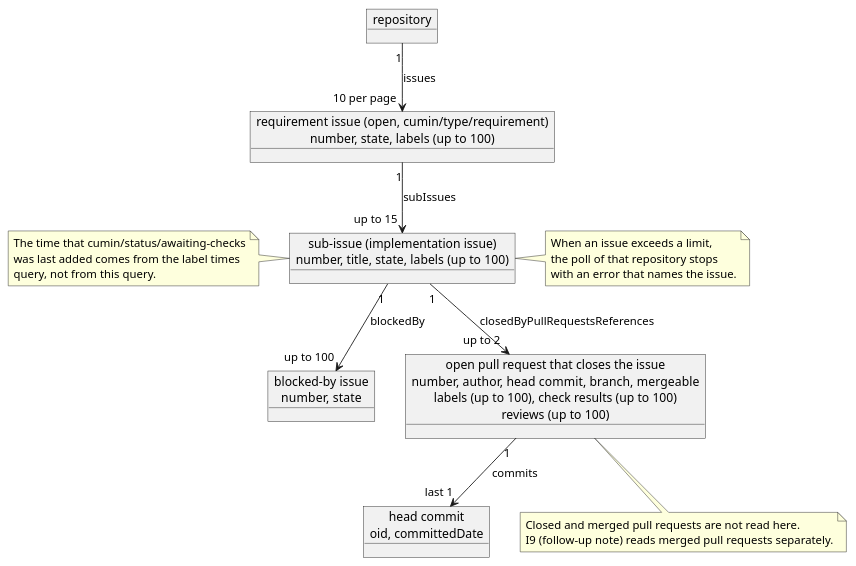
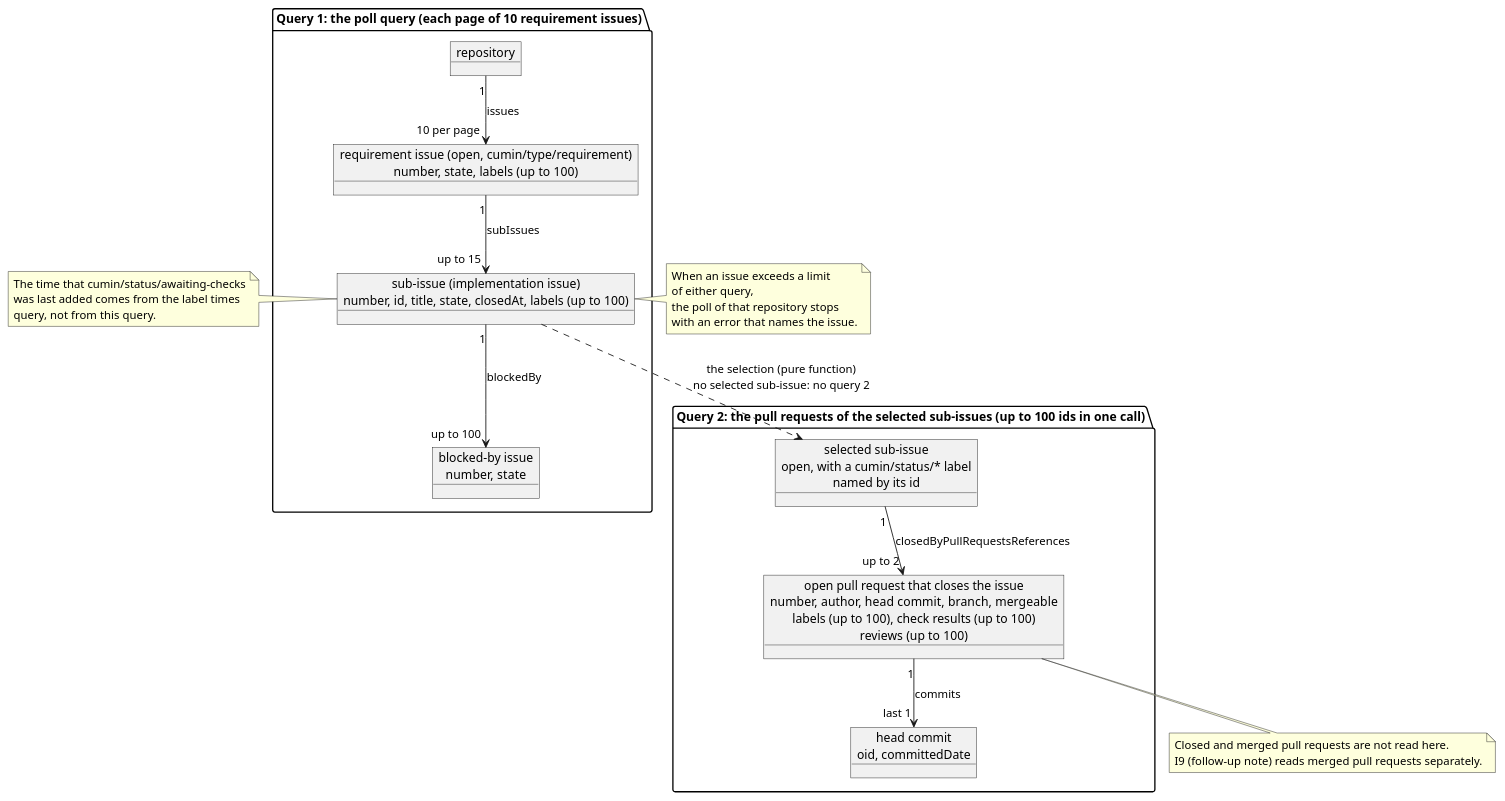
The diagram in docs/ja/designs/poll-snapshot.puml (cloveclovedev/cumin-works), drawn with PlantUML before and after one commit. The commit also changed 19 other files, not shown here.

First line of the commit message:
feat(workflow): read the pull requests of a sub-issue in a second query of the poll (#449)

```diff
--- a/docs/ja/designs/poll-snapshot.puml
+++ b/docs/ja/designs/poll-snapshot.puml
@@ -1,35 +1,42 @@
 @startuml poll-snapshot
-' cumin works - what one query of a poll reads: nested connections and their limits.
+' cumin works - what the two queries of a poll read: nested connections and their limits.
 ' Document: poll.md, section on what a poll reads.
 ' Render: run scripts/render-diagrams.sh at the root of the repository.
 skinparam shadowing false
 skinparam defaultFontName sans-serif
 
-object "repository" as repo
-object "requirement issue (open, cumin/type/requirement)\nnumber, state, labels (up to 100)" as req
-object "sub-issue (implementation issue)\nnumber, title, state, labels (up to 100)" as sub
-object "blocked-by issue\nnumber, state" as blocker
-object "open pull request that closes the issue\nnumber, author, head commit, branch, mergeable\nlabels (up to 100), check results (up to 100)\nreviews (up to 100)" as pr
-object "head commit\noid, committedDate" as commit
+package "Query 1: the poll query (each page of 10 requirement issues)" {
+  object "repository" as repo
+  object "requirement issue (open, cumin/type/requirement)\nnumber, state, labels (up to 100)" as req
+  object "sub-issue (implementation issue)\nnumber, id, title, state, closedAt, labels (up to 100)" as sub
+  object "blocked-by issue\nnumber, state" as blocker
+}
+package "Query 2: the pull requests of the selected sub-issues (up to 100 ids in one call)" {
+  object "selected sub-issue\nopen, with a cumin/status/* label\nnamed by its id" as selected
+  object "open pull request that closes the issue\nnumber, author, head commit, branch, mergeable\nlabels (up to 100), check results (up to 100)\nreviews (up to 100)" as pr
+  object "head commit\noid, committedDate" as commit
+}
 
 repo "1" --> "10 per page" req : issues
 req "1" --> "up to 15" sub : subIssues
 sub "1" --> "up to 100" blocker : blockedBy
-sub "1" --> "up to 2" pr : closedByPullRequestsReferences
+sub ..> selected : the selection (pure function)\nno selected sub-issue: no query 2
+selected "1" --> "up to 2" pr : closedByPullRequestsReferences
 pr "1" --> "last 1" commit : commits
 
 note bottom of pr
   Closed and merged pull requests are not read here.
   I9 (follow-up note) reads merged pull requests separately.
 end note
 note left of sub
   The time that cumin/status/awaiting-checks
   was last added comes from the label times
   query, not from this query.
 end note
 note right of sub
-  When an issue exceeds a limit,
+  When an issue exceeds a limit
+  of either query,
   the poll of that repository stops
   with an error that names the issue.
 end note
 @enduml
```
